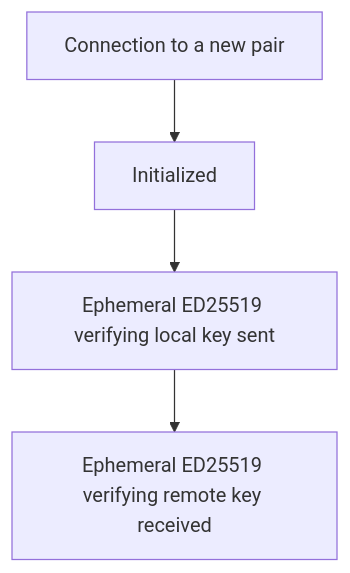
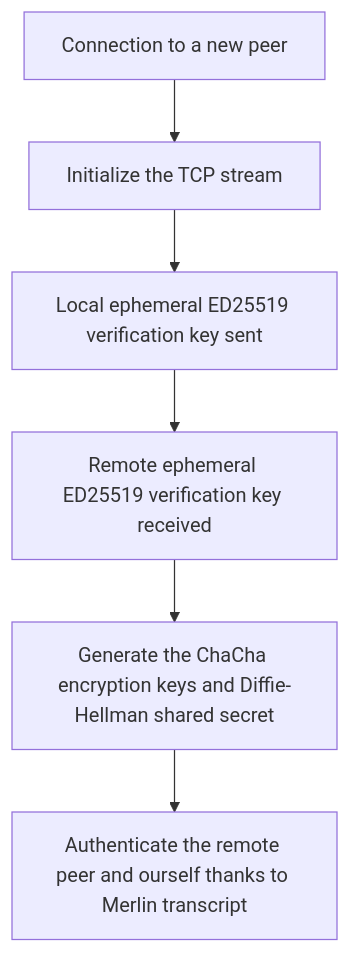
One commit to d-banana/dydx-chain-stupid-node changed the diagram in README.md. Above: the diagram before and after it, drawn with Mermaid. The commit also changed 5 other files, not shown here.

Commit message:
Implement encryption key and Shared secret done. Implement authentication with Merling doing.

````diff
--- a/README.md
+++ b/README.md
@@ -1,6 +1,8 @@
 ```mermaid
 graph TD
-    1[Connection to a new pair] --> 2[Initialized];
-    2 --> 3[Ephemeral ED25519 verifying local key sent];
-    3 --> 4[Ephemeral ED25519 verifying remote key received];
+    1[Connection to a new peer] --> 2[Initialize the TCP stream];
+    2 --> 3[Local ephemeral ED25519 verification key sent];
+    3 --> 4[Remote ephemeral ED25519 verification key received];
+    4 --> 5[Generate the ChaCha encryption keys and Diffie-Hellman shared secret];
+    5 --> 6[Authenticate the remote peer and ourself thanks to Merlin transcript];
 ```
````
